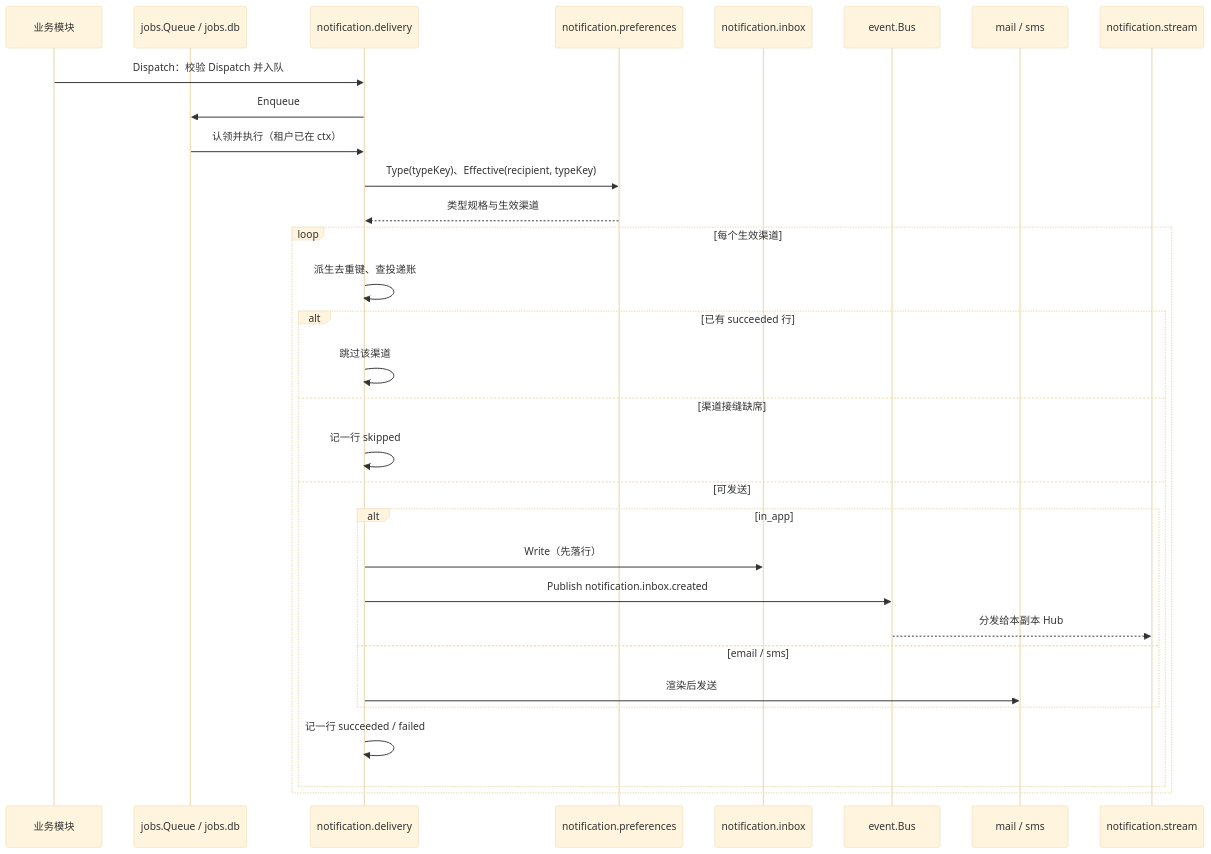
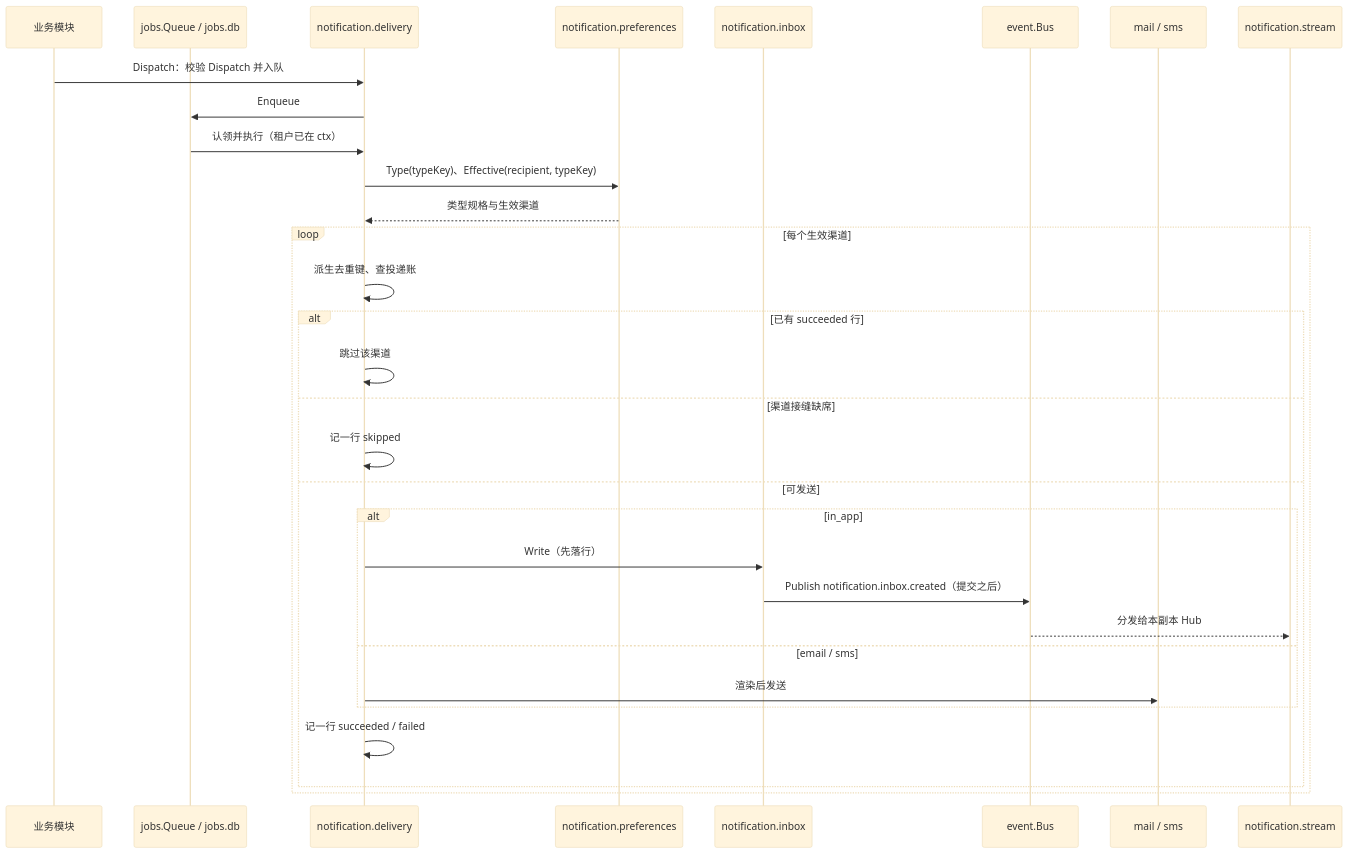
Before and after one commit to wangzw/speed: the second of 2 diagrams in docs/design/modules/notification/design-notification.md, drawn with Mermaid (base theme). The commit also changed other lines of this file and 12 other files, not shown here.

````diff
--- a/docs/design/modules/notification/design-notification.md
+++ b/docs/design/modules/notification/design-notification.md
@@ -325,33 +323,33 @@
 ```mermaid
 sequenceDiagram
     participant B as 业务模块
     participant Q as jobs.Queue / jobs.db
     participant D as notification.delivery
     participant P as notification.preferences
     participant I as notification.inbox
     participant Bus as event.Bus
     participant X as mail / sms
     participant S as notification.stream
     B->>D: Dispatch：校验 Dispatch 并入队
     D->>Q: Enqueue
     Q->>D: 认领并执行（租户已在 ctx）
     D->>P: Type(typeKey)、Effective(recipient, typeKey)
     P-->>D: 类型规格与生效渠道
     loop 每个生效渠道
         D->>D: 派生去重键、查投递账
         alt 已有 succeeded 行
             D->>D: 跳过该渠道
         else 渠道接缝缺席
             D->>D: 记一行 skipped
         else 可发送
             alt in_app
                 D->>I: Write（先落行）
-                D->>Bus: Publish notification.inbox.created
+                I->>Bus: Publish notification.inbox.created（提交之后）
                 Bus-->>S: 分发给本副本 Hub
             else email / sms
                 D->>X: 渲染后发送
             end
             D->>D: 记一行 succeeded / failed
         end
     end
 ```
````
